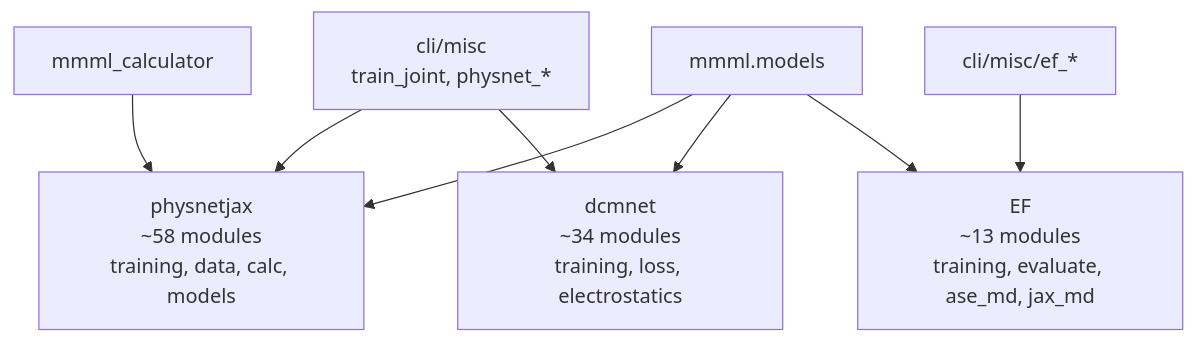
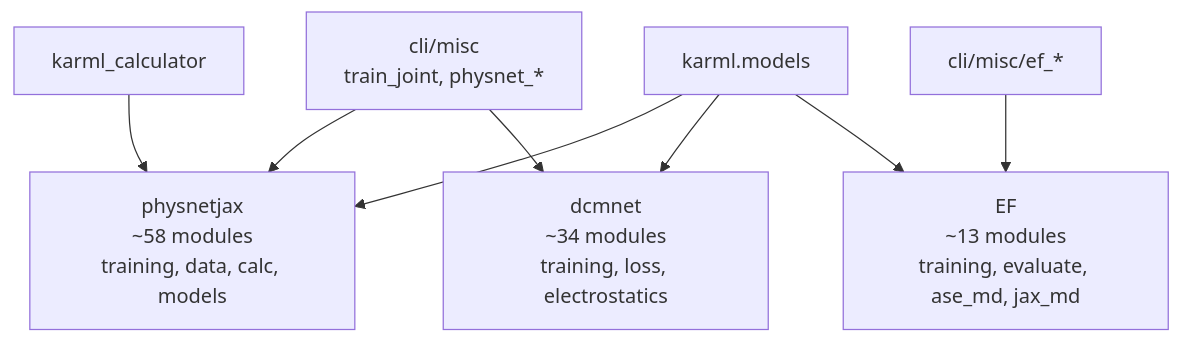
Before and after one commit to EricBoittier/mmml: the seventh of 8 diagrams in docs/package-architecture.md, drawn with Mermaid. The commit also changed other lines of this file and 2421 other files, not shown here.

First line of the commit message:
Refactor project references from MMML to KARML

````diff
--- a/docs/package-architecture.md
+++ b/docs/package-architecture.md
@@ -295,13 +295,13 @@
 ```mermaid
 flowchart TB
-  MODELS["mmml.models"]
+  MODELS["karml.models"]
 
   MODELS --> PNJ["physnetjax\n~58 modules\ntraining, data, calc, models"]
   MODELS --> DCM["dcmnet\n~34 modules\ntraining, loss, electrostatics"]
   MODELS --> EF["EF\n~13 modules\ntraining, evaluate, ase_md, jax_md"]
 
   CLI_MISC["cli/misc\ntrain_joint, physnet_*"] --> PNJ
   CLI_MISC --> DCM
   CLI_EF["cli/misc/ef_*"] --> EF
-  CALC["mmml_calculator"] --> PNJ
+  CALC["karml_calculator"] --> PNJ
 ```
````
